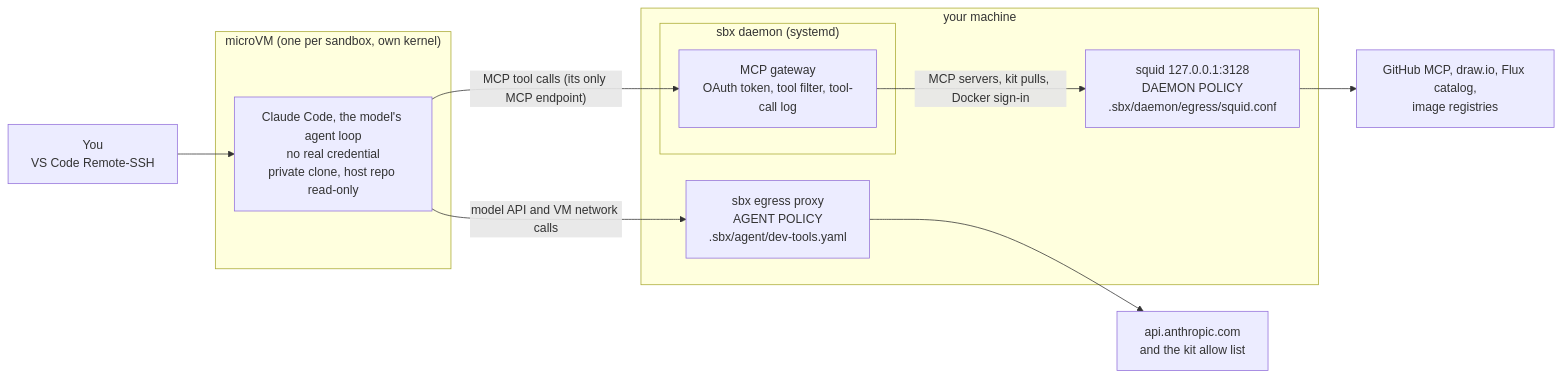
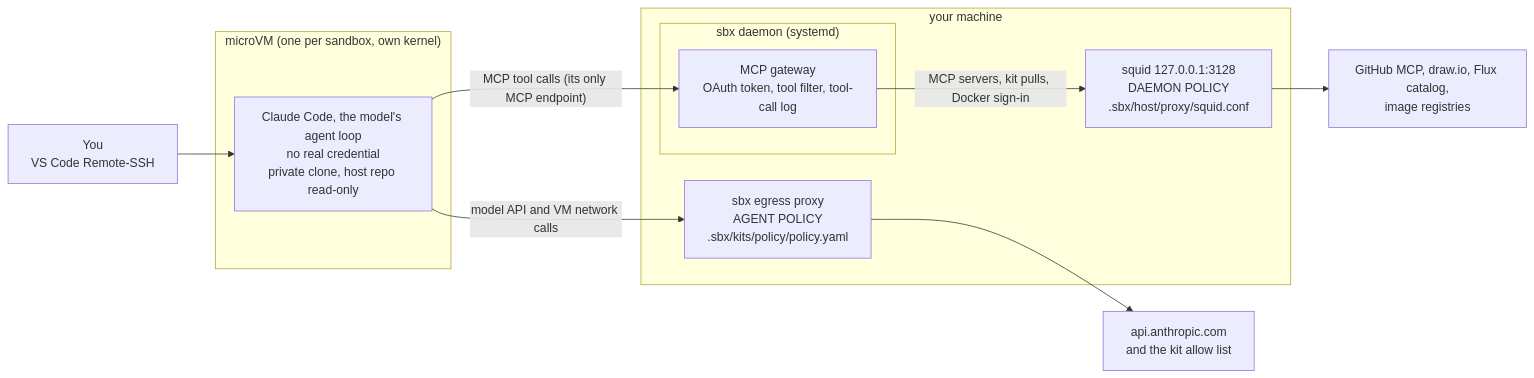
One commit to raghav19/engineersdaybook changed the first of 3 diagrams in code/agent-sandbox/README.md. Above: the diagram before and after it, drawn with Mermaid. The commit also changed other lines of this file and 26 other files, not shown here.

````diff
--- a/code/agent-sandbox/README.md
+++ b/code/agent-sandbox/README.md
@@ -59,20 +59,20 @@
 ```mermaid
 flowchart LR
     you["You<br/>VS Code Remote-SSH"]
     subgraph vm["microVM (one per sandbox, own kernel)"]
         agent["Claude Code, the model's agent loop<br/>no real credential<br/>private clone, host repo read-only"]
     end
     subgraph host["your machine"]
-        egress["sbx egress proxy<br/>AGENT POLICY<br/>.sbx/agent/dev-tools.yaml"]
+        egress["sbx egress proxy<br/>AGENT POLICY<br/>.sbx/kits/policy/policy.yaml"]
         subgraph daemon["sbx daemon (systemd)"]
             gw["MCP gateway<br/>OAuth token, tool filter, tool-call log"]
         end
-        squid["squid 127.0.0.1:3128<br/>DAEMON POLICY<br/>.sbx/daemon/egress/squid.conf"]
+        squid["squid 127.0.0.1:3128<br/>DAEMON POLICY<br/>.sbx/host/proxy/squid.conf"]
     end
     model["api.anthropic.com<br/>and the kit allow list"]
     mcp["GitHub MCP, draw.io, Flux catalog,<br/>image registries"]
     you --> agent
     agent -- "model API and VM network calls" --> egress --> model
     agent -- "MCP tool calls (its only MCP endpoint)" --> gw
     gw -- "MCP servers, kit pulls, Docker sign-in" --> squid --> mcp
 ```
````
